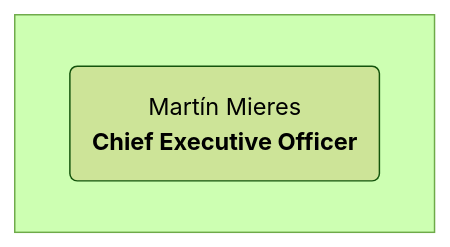
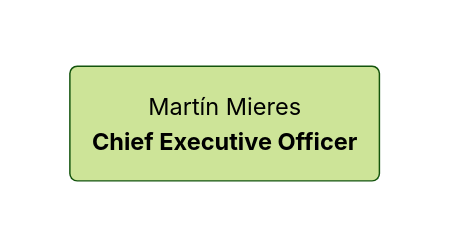
The diagram in CEO/ceo.md (MiguelEstebanG/diagram), drawn with Mermaid (forest theme) before and after one commit.

````diff
--- a/CEO/ceo.md
+++ b/CEO/ceo.md
@@ -1,6 +1,11 @@
 ```mermaid
 graph TB;
-  subgraph C.E.O.[ ]
+
+  classDef departamento fill:none, stroke:none;
+
+  defCEO:::departamento;
+
+  subgraph defCEO[ ]
     ceo(Martín Mieres <br><b> Chief Executive Officer </b></br>);
   end
 ```
````
